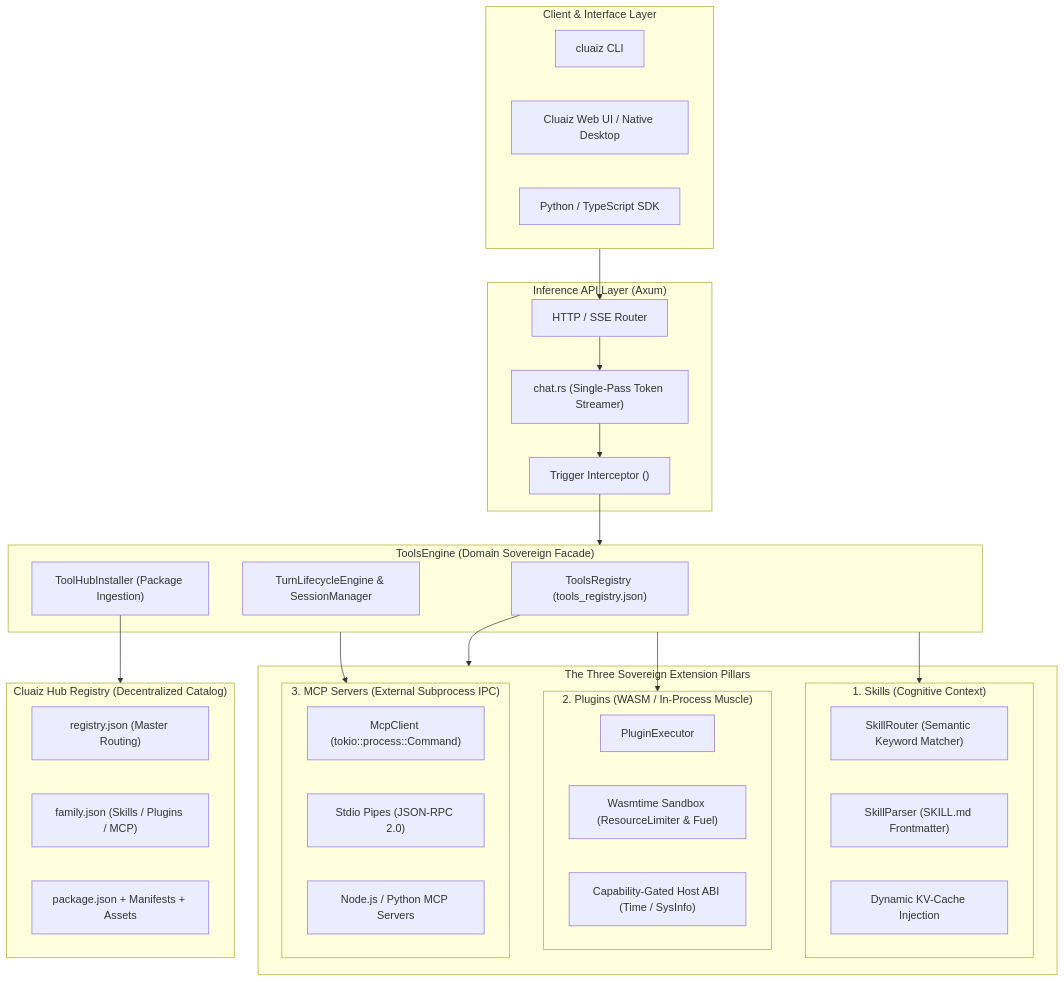
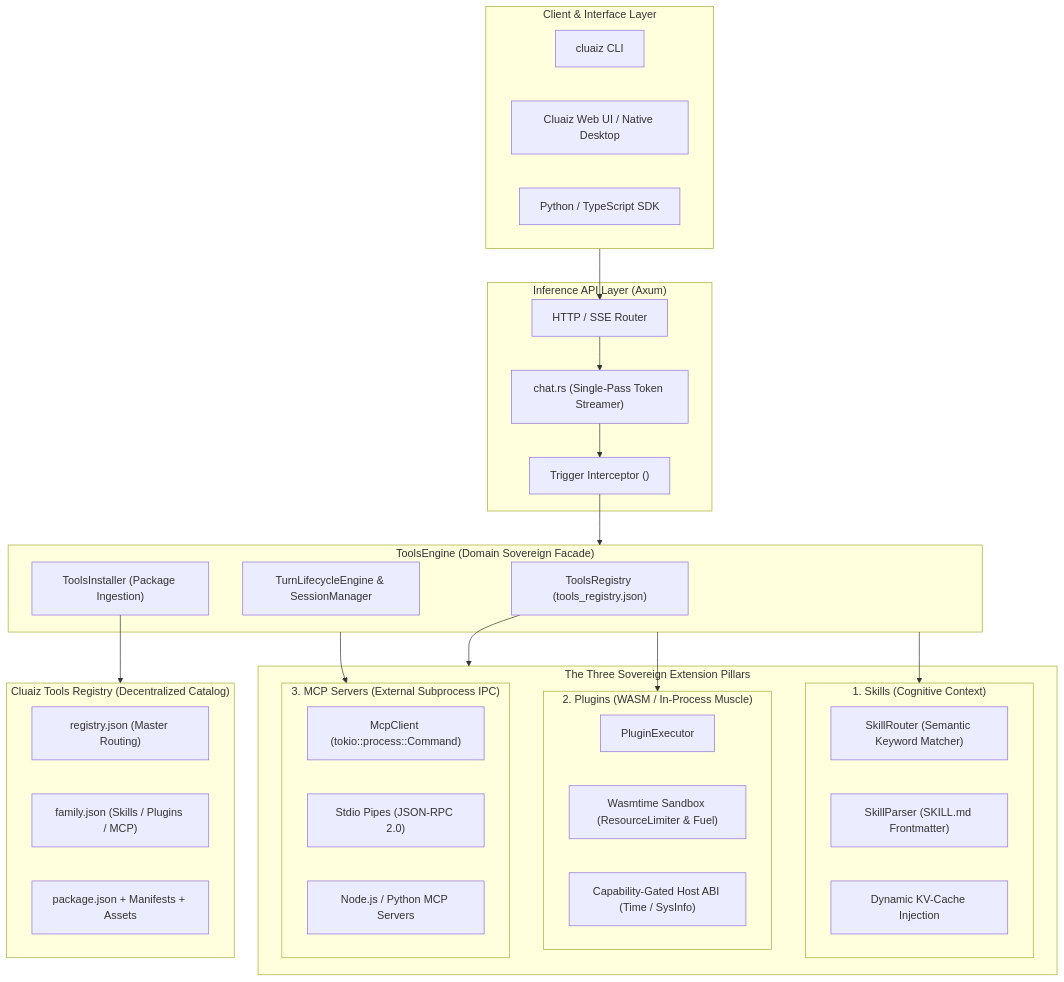
One commit to cluaiz/cluaiz-tools changed the diagram in docs/architecture/system-overview.md. Above: the diagram before and after it, drawn with Mermaid. The commit also changed other lines of this file and 15 other files, not shown here.

Commit message:
docs(registry): standardize Hub terminology to Cluaiz Tools across documentation and manifests

````diff
--- a/docs/architecture/system-overview.md
+++ b/docs/architecture/system-overview.md
@@ -9,58 +9,58 @@
 ```mermaid
 flowchart TB
     subgraph ClientLayer ["Client & Interface Layer"]
         CLI["cluaiz CLI"]
         WebUI["Cluaiz Web UI / Native Desktop"]
         SDK["Python / TypeScript SDK"]
     end
 
     subgraph ApiLayer ["Inference API Layer (Axum)"]
         Router["HTTP / SSE Router"]
         ChatHandler["chat.rs (Single-Pass Token Streamer)"]
         TriggerInterceptor["Trigger Interceptor (<TRIGGER:...>)"]
     end
 
     subgraph ToolsEngineSubsystem ["ToolsEngine (Domain Sovereign Facade)"]
         Registry["ToolsRegistry (tools_registry.json)"]
         Lifecycle["TurnLifecycleEngine & SessionManager"]
-        Installer["ToolHubInstaller (Package Ingestion)"]
+        Installer["ToolsInstaller (Package Ingestion)"]
     end
 
     subgraph ExtensionPillars ["The Three Sovereign Extension Pillars"]
         subgraph PillarSkills ["1. Skills (Cognitive Context)"]
             SkillRouter["SkillRouter (Semantic Keyword Matcher)"]
             SkillParser["SkillParser (SKILL.md Frontmatter)"]
             PromptKV["Dynamic KV-Cache Injection"]
         end
 
         subgraph PillarPlugins ["2. Plugins (WASM / In-Process Muscle)"]
             PluginExec["PluginExecutor"]
             WasmEngine["Wasmtime Sandbox (ResourceLimiter & Fuel)"]
             HostABI["Capability-Gated Host ABI (Time / SysInfo)"]
         end
 
         subgraph PillarMCP ["3. MCP Servers (External Subprocess IPC)"]
             McpClient["McpClient (tokio::process::Command)"]
             StdioIPC["Stdio Pipes (JSON-RPC 2.0)"]
             ExternalProcesses["Node.js / Python MCP Servers"]
         end
     end
 
-    subgraph HubLayer ["Cluaiz Hub Registry (Decentralized Catalog)"]
+    subgraph HubLayer ["Cluaiz Tools Registry (Decentralized Catalog)"]
         MasterRegistry["registry.json (Master Routing)"]
         FamilyIndex["family.json (Skills / Plugins / MCP)"]
         PackageBundles["package.json + Manifests + Assets"]
     end
 
     ClientLayer --> Router
     Router --> ChatHandler
     ChatHandler --> TriggerInterceptor
     TriggerInterceptor --> ToolsEngineSubsystem
 
     ToolsEngineSubsystem --> PillarSkills
     ToolsEngineSubsystem --> PillarPlugins
     ToolsEngineSubsystem --> PillarMCP
 
     Installer --> HubLayer
     Registry --> ExtensionPillars
 ```
````
